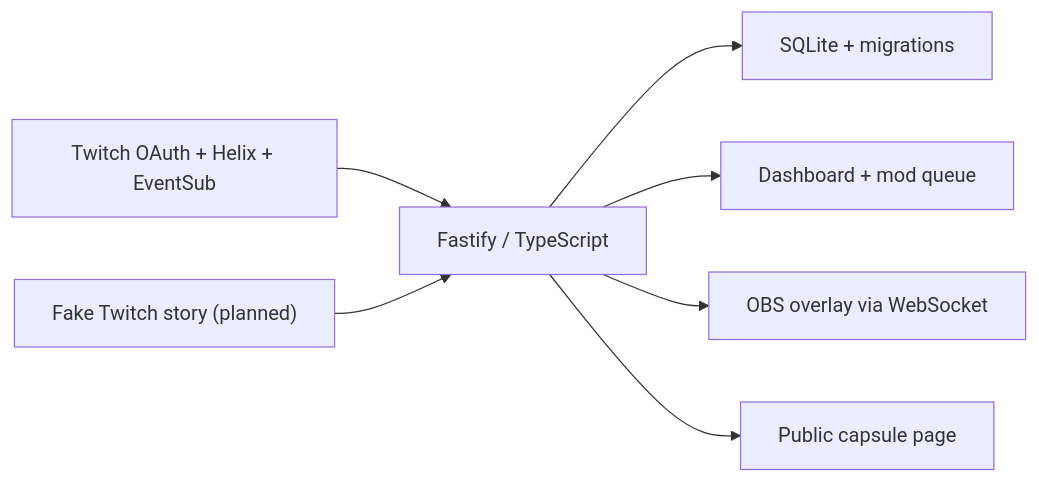
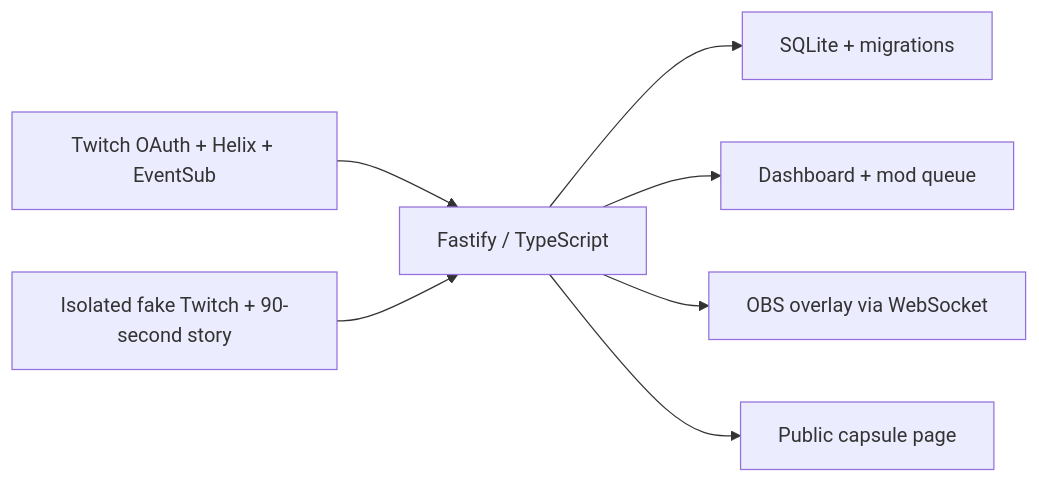
One commit to romilp619/twitch-time-capsule changed the diagram in README.md. Above: the diagram before and after it, drawn with Mermaid. The commit also changed other lines of this file and 20 other files, not shown here.

Commit message:
Add isolated Twitch demo with a 90-second full story

````diff
--- a/README.md
+++ b/README.md
@@ -66,9 +68,9 @@
 ```mermaid
 flowchart LR
   Twitch["Twitch OAuth + Helix + EventSub"] --> Server["Fastify / TypeScript"]
   Server --> DB["SQLite + migrations"]
   Server --> Dashboard["Dashboard + mod queue"]
   Server --> Overlay["OBS overlay via WebSocket"]
   Server --> Public["Public capsule page"]
-  Demo["Fake Twitch story (planned)"] --> Server
+  Demo["Isolated fake Twitch + 90-second story"] --> Server
 ```
````
